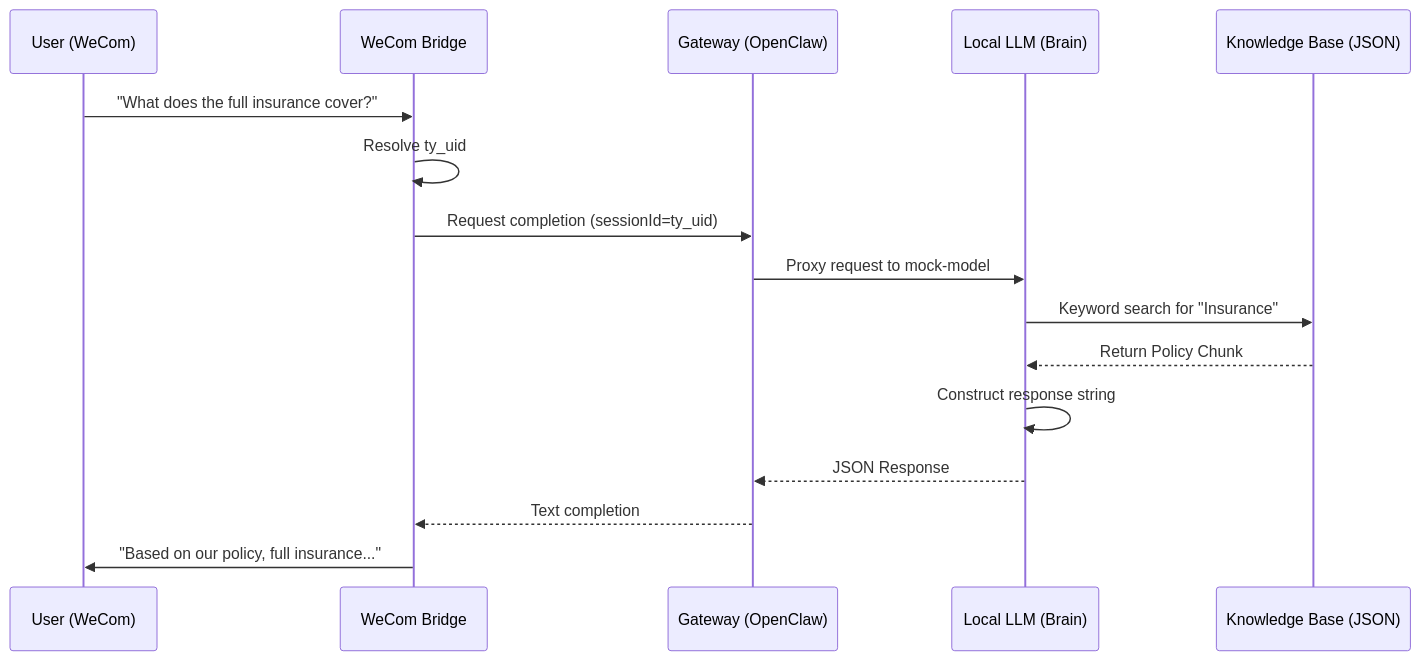
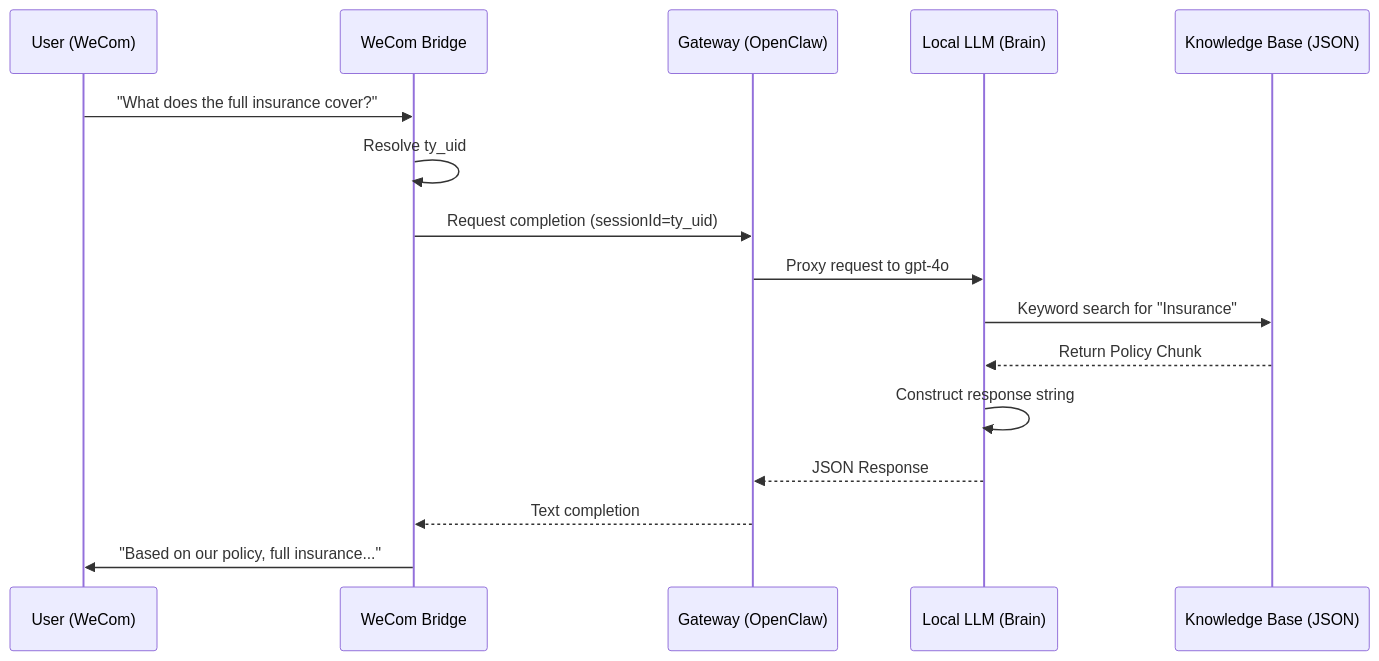
Before and after one commit to Jianming0729/ty_AI_CRM: the first of 3 diagrams in docs/notebooklm/05_CROSS_MODULE_DATA_FLOW_V3.md, drawn with Mermaid. The commit also changed 88 other files, not shown here.

````diff
--- a/docs/notebooklm/05_CROSS_MODULE_DATA_FLOW_V3.md
+++ b/docs/notebooklm/05_CROSS_MODULE_DATA_FLOW_V3.md
@@ -8,19 +8,19 @@
 ```mermaid
 sequenceDiagram
     participant U as User (WeCom)
     participant B as WeCom Bridge
     participant G as Gateway (OpenClaw)
     participant L as Local LLM (Brain)
     participant KB as Knowledge Base (JSON)
 
     U->>B: "What does the full insurance cover?"
     B->>B: Resolve ty_uid
     B->>G: Request completion (sessionId=ty_uid)
-    G->>L: Proxy request to mock-model
+    G->>L: Proxy request to gpt-4o
     L->>KB: Keyword search for "Insurance"
     KB-->>L: Return Policy Chunk #10
     L->>L: Construct response string
     L-->>G: JSON Response
     G-->>B: Text completion
     B->>U: "Based on our policy, full insurance..."
 ```
````
